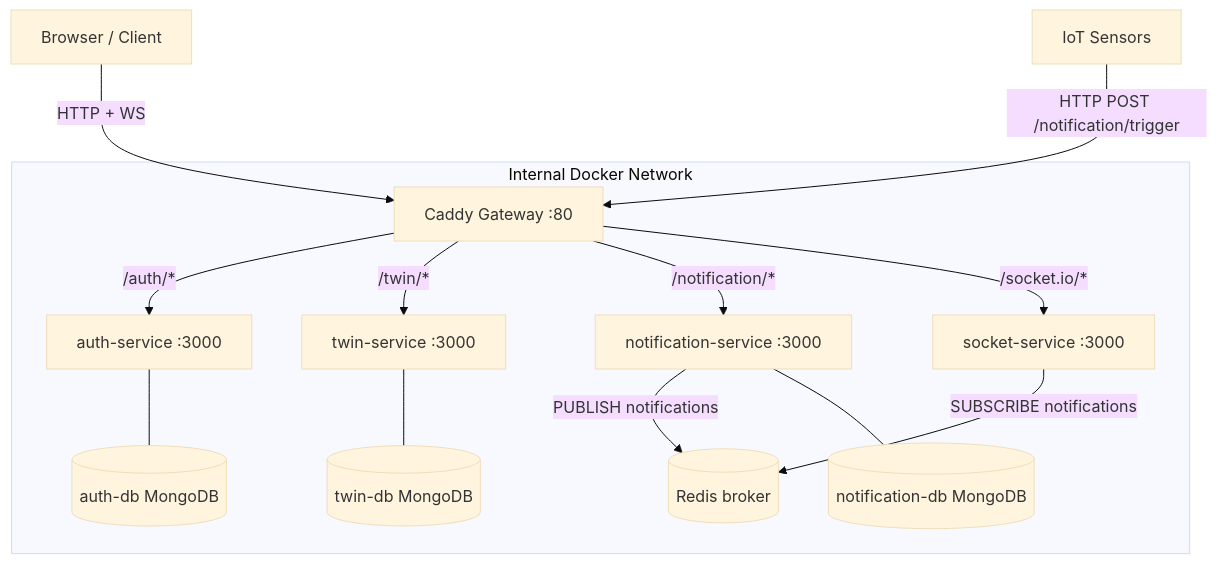
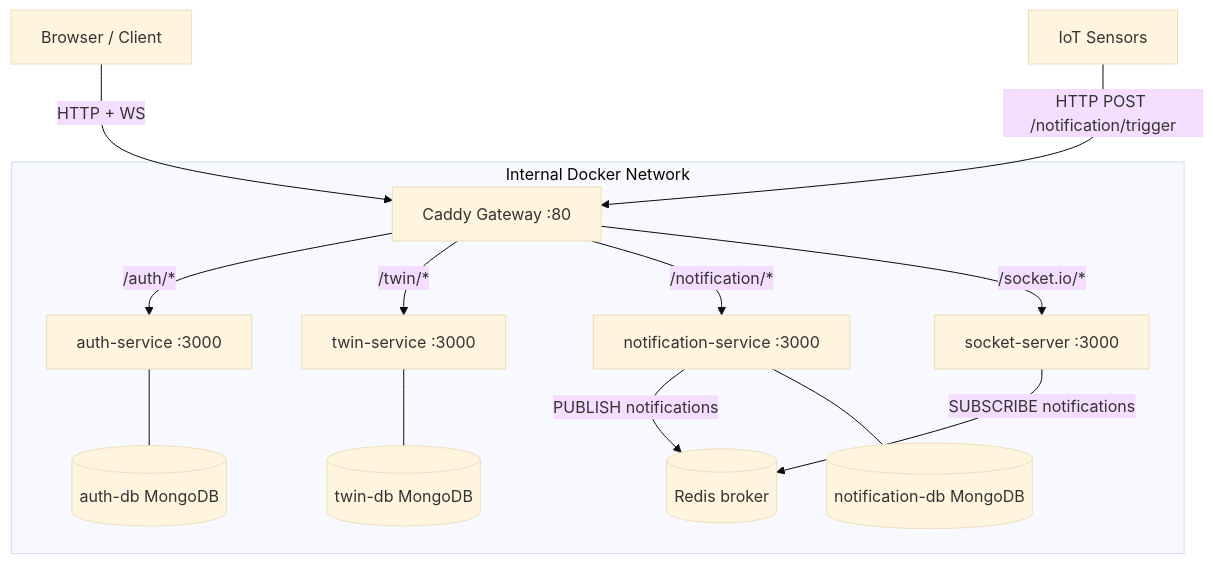
The diagram in dev-docs/architecture.md (NickGhignatti/crowd-vision), drawn with Mermaid (base theme) before and after one commit. The commit also changed 4 other files, not shown here.

Commit message:
docs: apply review feedback - fix OpenAPI server URLs, schemas, and design docs

````diff
--- a/dev-docs/architecture.md
+++ b/dev-docs/architecture.md
@@ -9,19 +9,19 @@
 ```mermaid
 graph TD
     Browser["Browser / Client"] -->|HTTP + WS| Caddy["Caddy Gateway :80"]
     IoT["IoT Sensors"] -->|HTTP POST /notification/trigger| Caddy
 
     subgraph Internal Docker Network
         Caddy -->|/auth/*| Auth["auth-service :3000"]
         Caddy -->|/twin/*| Twin["twin-service :3000"]
         Caddy -->|/notification/*| Notif["notification-service :3000"]
-        Caddy -->|/socket.io/*| Socket["socket-service :3000"]
+        Caddy -->|/socket.io/*| Socket["socket-server :3000"]
 
         Notif -->|PUBLISH notifications| Redis[("Redis broker")]
         Socket -->|SUBSCRIBE notifications| Redis
 
         Auth --- AuthDB[("auth-db MongoDB")]
         Twin --- TwinDB[("twin-db MongoDB")]
         Notif --- NotifDB[("notification-db MongoDB")]
     end
 ```
````
